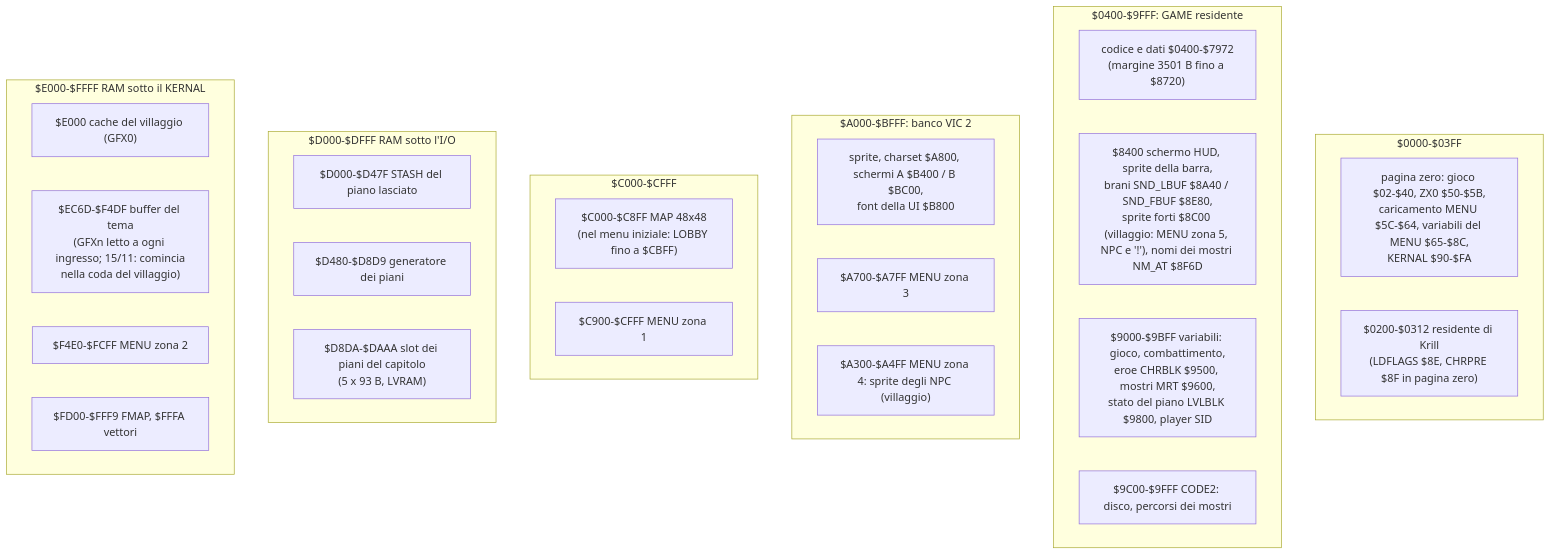
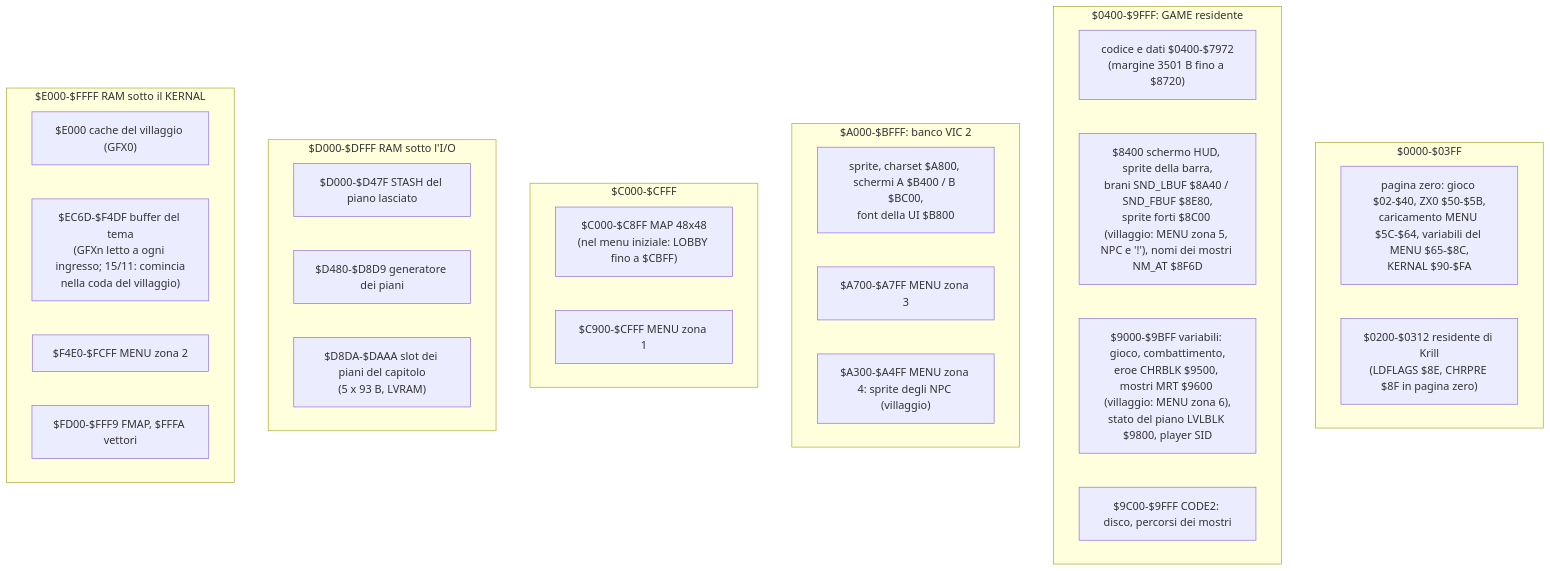
One commit to caporalesimone/barbarian-the-blood-path changed the third of 4 diagrams in docs/wiki/architettura.md. Above: the diagram before and after it, drawn with Mermaid. The commit also changed other lines of this file and 10 other files, not shown here.

First line of the commit message:
Revisione R11: passo degli NPC nella zona 6 del MENU (MRT)

````diff
--- a/docs/wiki/architettura.md
+++ b/docs/wiki/architettura.md
@@ -163,33 +163,33 @@
 ```mermaid
 flowchart TB
     subgraph R0["$0000-$03FF"]
         ZP["pagina zero: gioco $02-$40, ZX0 $50-$5B,<br/>caricamento MENU $5C-$64, variabili del MENU $65-$8C,<br/>KERNAL $90-$FA"]
         LDF["$0200-$0312 residente di Krill<br/>(LDFLAGS $8E, CHRPRE $8F in pagina zero)"]
     end
     subgraph R1["$0400-$9FFF: GAME residente"]
         CODE["codice e dati $0400-$7972<br/>(margine 3501 B fino a $8720)"]
         HUDS["$8400 schermo HUD, sprite della barra,<br/>brani SND_LBUF $8A40 / SND_FBUF $8E80,<br/>sprite forti $8C00 (villaggio: MENU zona 5, NPC e '!'), nomi dei mostri NM_AT $8F6D"]
-        VARS["$9000-$9BFF variabili: gioco, combattimento,<br/>eroe CHRBLK $9500, mostri MRT $9600,<br/>stato del piano LVLBLK $9800, player SID"]
+        VARS["$9000-$9BFF variabili: gioco, combattimento,<br/>eroe CHRBLK $9500, mostri MRT $9600 (villaggio: MENU zona 6),<br/>stato del piano LVLBLK $9800, player SID"]
         C2["$9C00-$9FFF CODE2: disco, percorsi dei mostri"]
     end
     subgraph R2["$A000-$BFFF: banco VIC 2"]
         VIC["sprite, charset $A800, schermi A $B400 / B $BC00,<br/>font della UI $B800"]
         Z3["$A700-$A7FF MENU zona 3"]
         Z4["$A300-$A4FF MENU zona 4: sprite degli NPC (villaggio)"]
     end
     subgraph R3["$C000-$CFFF"]
         MAP["$C000-$C8FF MAP 48x48<br/>(nel menu iniziale: LOBBY fino a $CBFF)"]
         Z1["$C900-$CFFF MENU zona 1"]
     end
     subgraph R4["$D000-$DFFF RAM sotto l'I/O"]
         STA["$D000-$D47F STASH del piano lasciato"]
         GEN["$D480-$D8D9 generatore dei piani"]
         SLT["$D8DA-$DAAA slot dei piani del capitolo<br/>(5 x 93 B, LVRAM)"]
     end
     subgraph R5["$E000-$FFFF RAM sotto il KERNAL"]
         CT["$E000 cache del villaggio (GFX0)"]
         CD["$EC6D-$F4DF buffer del tema<br/>(GFXn letto a ogni ingresso; 15/11: comincia<br/>nella coda del villaggio)"]
         Z2["$F4E0-$FCFF MENU zona 2"]
         FM["$FD00-$FFF9 FMAP, $FFFA vettori"]
     end
 ```
````
